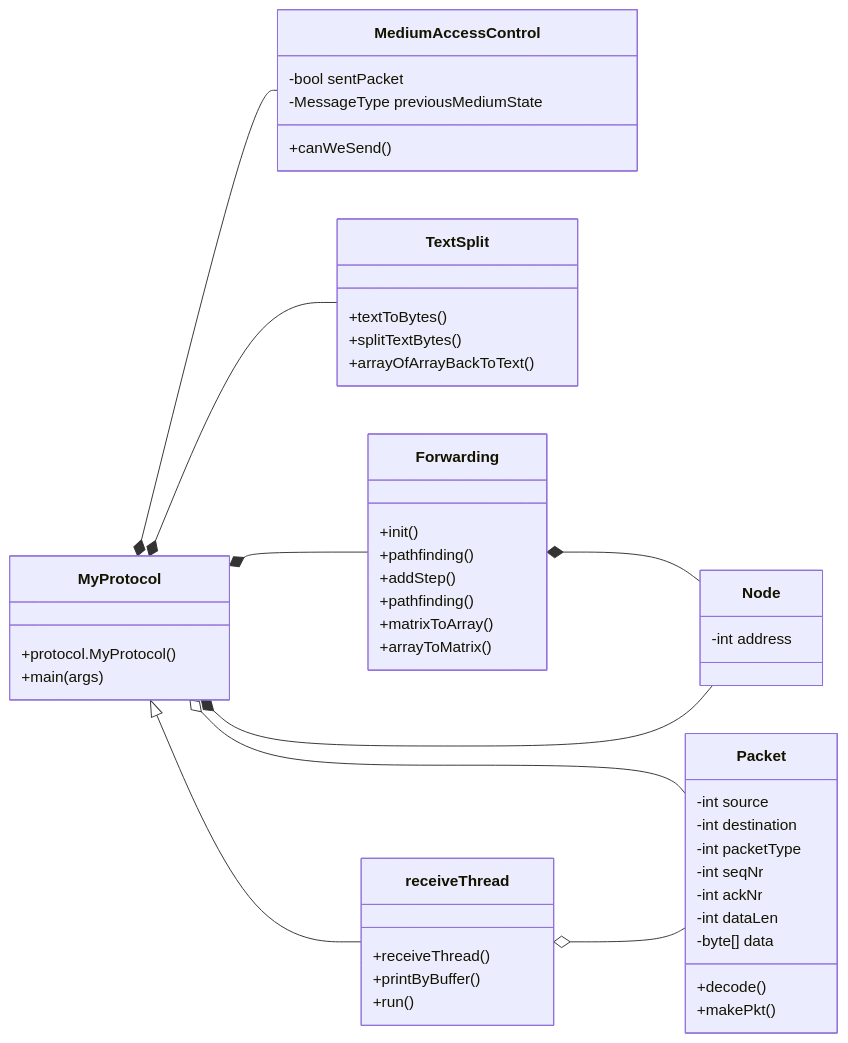
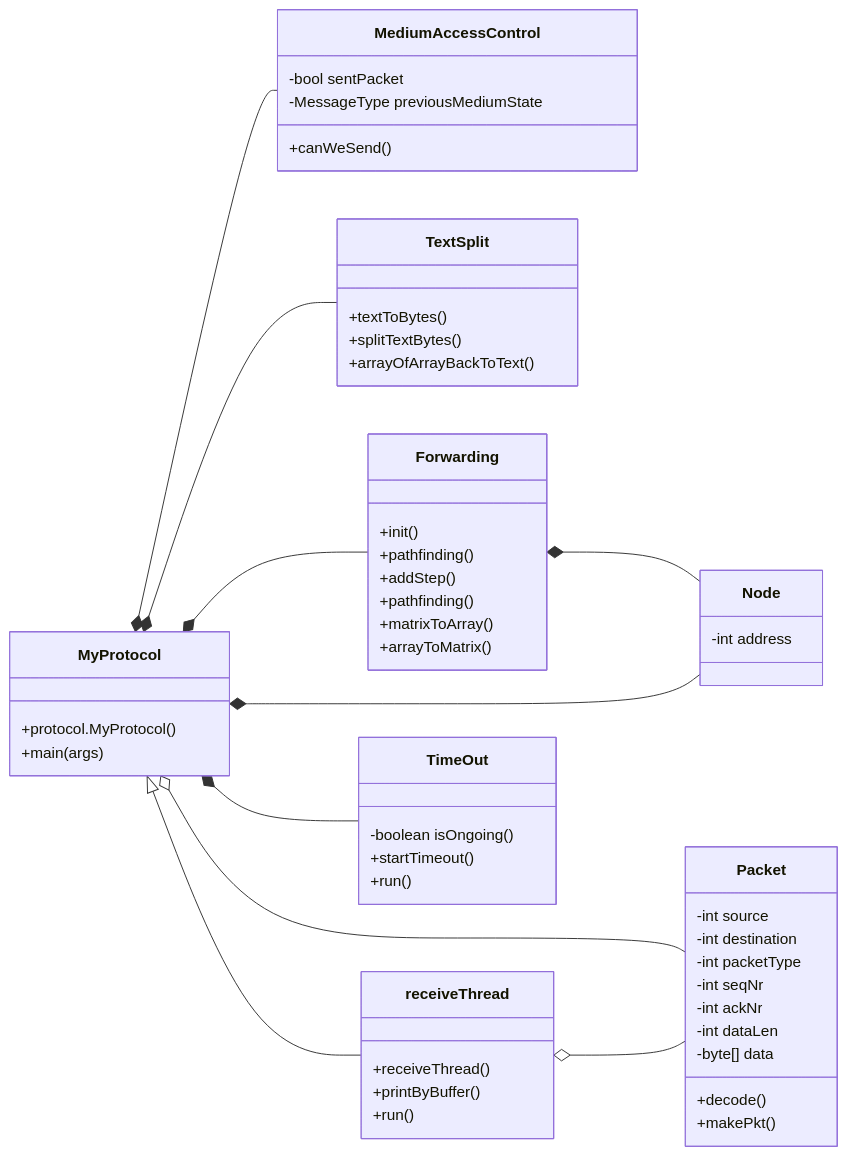
One commit to Traydr/ut-tcs-m3-project-100 changed the diagram in planning.md. Above: the diagram before and after it, drawn with Mermaid.

Commit message:
classDiagram

````diff
--- a/planning.md
+++ b/planning.md
@@ -1,62 +1,69 @@
 ```mermaid
 classDiagram
     direction LR
     
     class MyProtocol {
         +protocol.MyProtocol()
         +main(args)
     }
     
     class Packet {
         -int source
         -int destination
         -int packetType
         -int seqNr
         -int ackNr
         -int dataLen
         -byte[] data
         +decode()
         +makePkt()
     }
     
     class MediumAccessControl{
         -bool sentPacket
         -MessageType previousMediumState
         
         +canWeSend()
     }
     
     class TextSplit{
         +textToBytes()
         +splitTextBytes()
         +arrayOfArrayBackToText()
     }
     
     class Forwarding{
         +init()
         +pathfinding()
         +addStep()
         +pathfinding()
         +matrixToArray()
         +arrayToMatrix()
     }
     
     class receiveThread{
         +receiveThread()
         +printByBuffer()
         +run()
     }
     
     class Node{
         -int address
     }
     
+    class TimeOut{
+    -boolean isOngoing()
+    +startTimeout()
+    +run()
+    }
+    
     MyProtocol *-- MediumAccessControl
     MyProtocol *-- TextSplit
     MyProtocol *-- Forwarding
+    MyProtocol *-- TimeOut
     MyProtocol <|-- receiveThread
     Forwarding *-- Node
     MyProtocol *-- Node
     MyProtocol o-- Packet
     receiveThread o-- Packet
 ```
````
